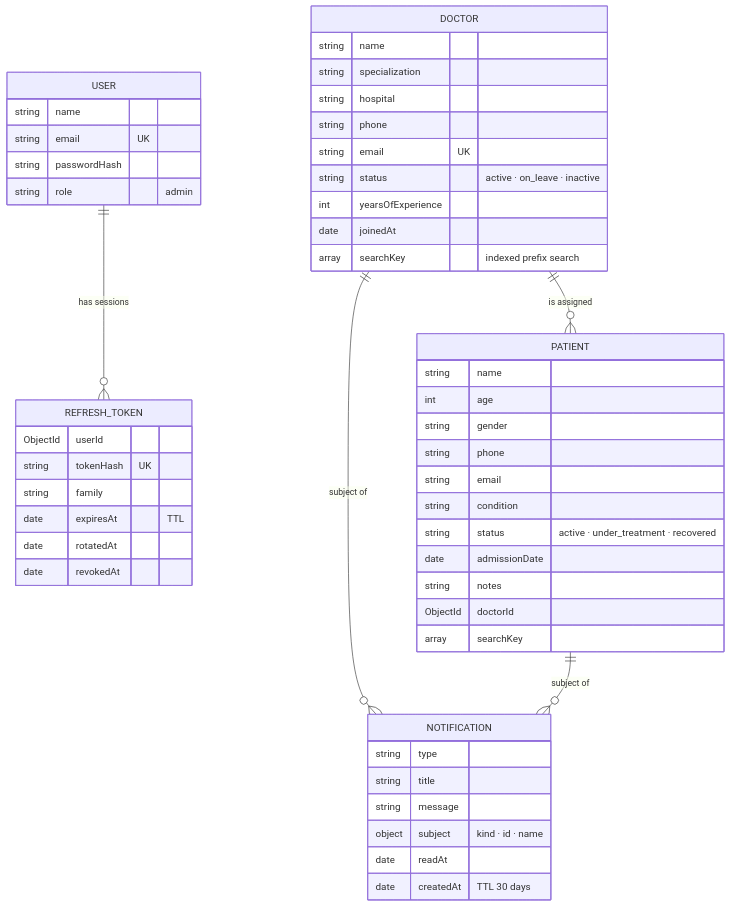
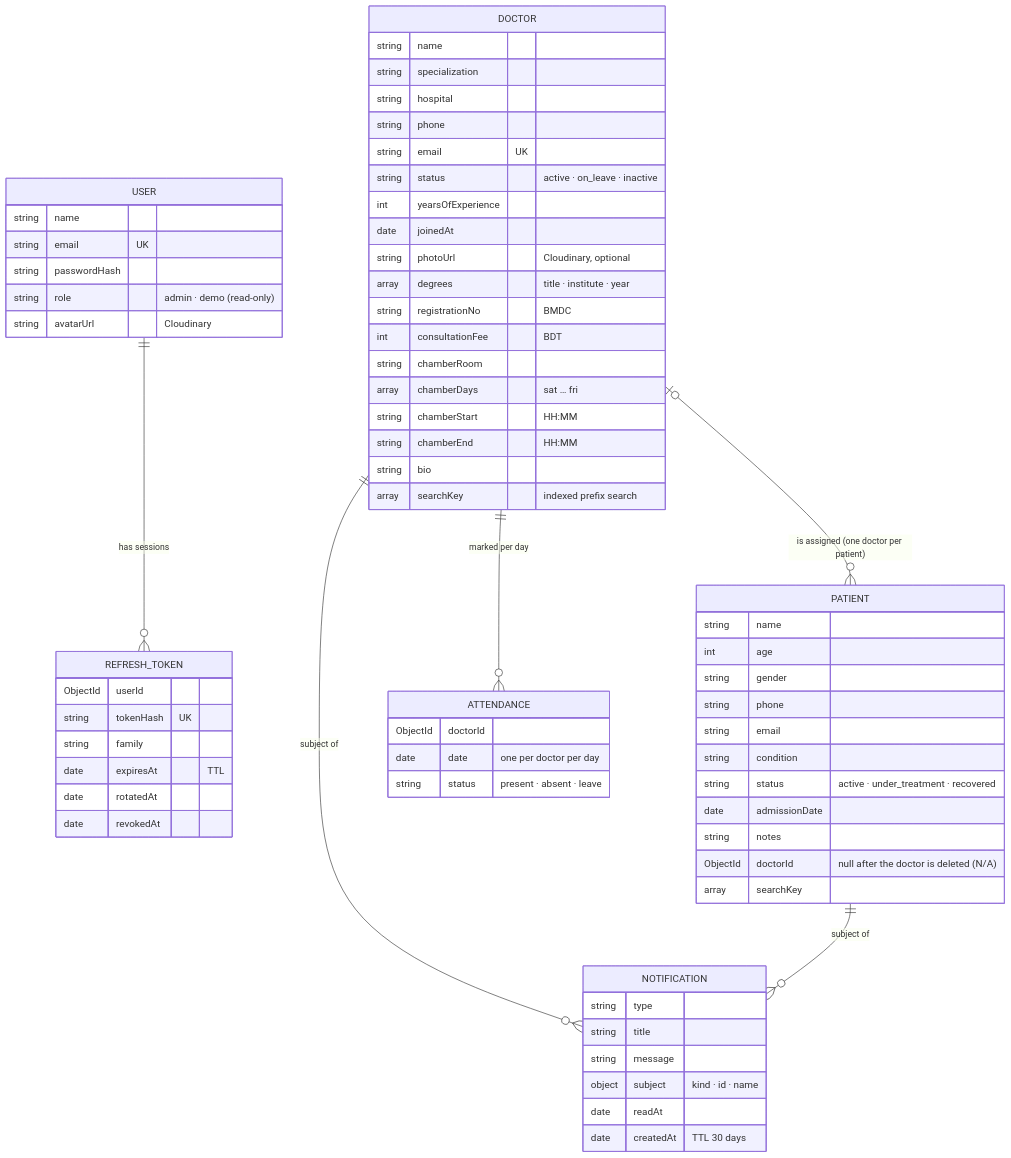
One commit to EhsanulSakib/doctor_tracker changed the third of 3 diagrams in README.md. Above: the diagram before and after it, drawn with Mermaid. The commit also changed other lines of this file and 119 other files, not shown here.

First line of the commit message:
feat: add patient and doctor export functionality

````diff
--- a/README.md
+++ b/README.md
@@ -275,54 +308,70 @@
 ```mermaid
 erDiagram
   USER ||--o{ REFRESH_TOKEN : "has sessions"
-  DOCTOR ||--o{ PATIENT : "is assigned"
+  DOCTOR |o--o{ PATIENT : "is assigned (one doctor per patient)"
+  DOCTOR ||--o{ ATTENDANCE : "marked per day"
   DOCTOR ||--o{ NOTIFICATION : "subject of"
   PATIENT ||--o{ NOTIFICATION : "subject of"
 
   USER {
     string name
     string email UK
     string passwordHash
-    string role "admin"
+    string role "admin · demo (read-only)"
+    string avatarUrl "Cloudinary"
   }
   REFRESH_TOKEN {
     ObjectId userId
     string tokenHash UK
     string family
     date expiresAt "TTL"
     date rotatedAt
     date revokedAt
   }
   DOCTOR {
     string name
     string specialization
     string hospital
     string phone
     string email UK
     string status "active · on_leave · inactive"
     int yearsOfExperience
     date joinedAt
+    string photoUrl "Cloudinary, optional"
+    array degrees "title · institute · year"
+    string registrationNo "BMDC"
+    int consultationFee "BDT"
+    string chamberRoom
+    array chamberDays "sat … fri"
+    string chamberStart "HH:MM"
+    string chamberEnd "HH:MM"
+    string bio
     array searchKey "indexed prefix search"
+  }
+  ATTENDANCE {
+    ObjectId doctorId
+    date date "one per doctor per day"
+    string status "present · absent · leave"
   }
   PATIENT {
     string name
     int age
     string gender
     string phone
     string email
     string condition
     string status "active · under_treatment · recovered"
     date admissionDate
     string notes
-    ObjectId doctorId
+    ObjectId doctorId "null after the doctor is deleted (N/A)"
     array searchKey
   }
   NOTIFICATION {
     string type
     string title
     string message
     object subject "kind · id · name"
     date readAt
     date createdAt "TTL 30 days"
   }
 ```
````
